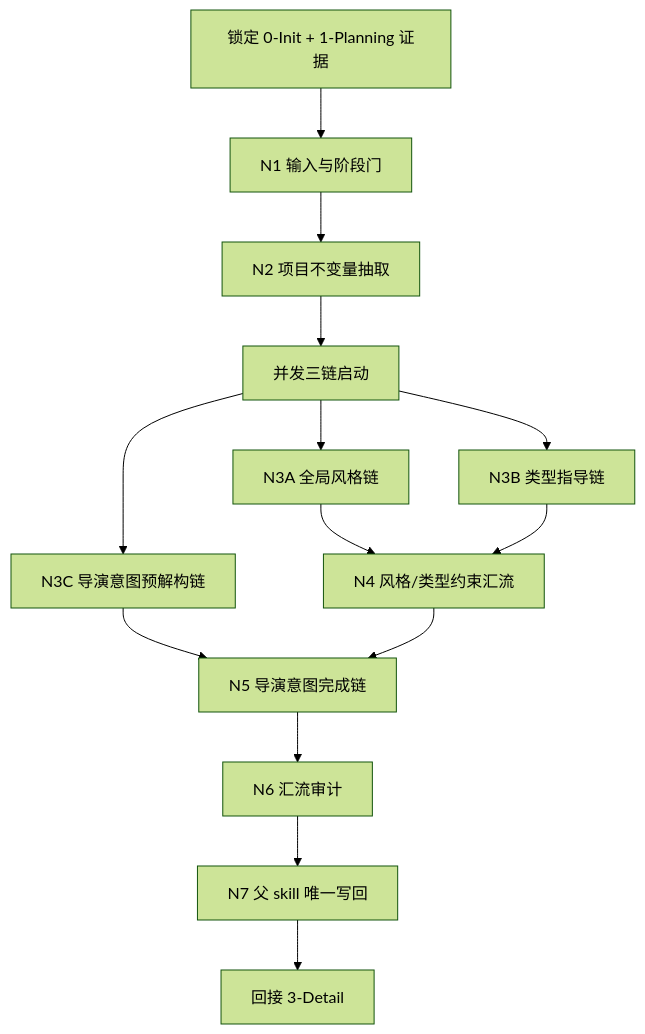
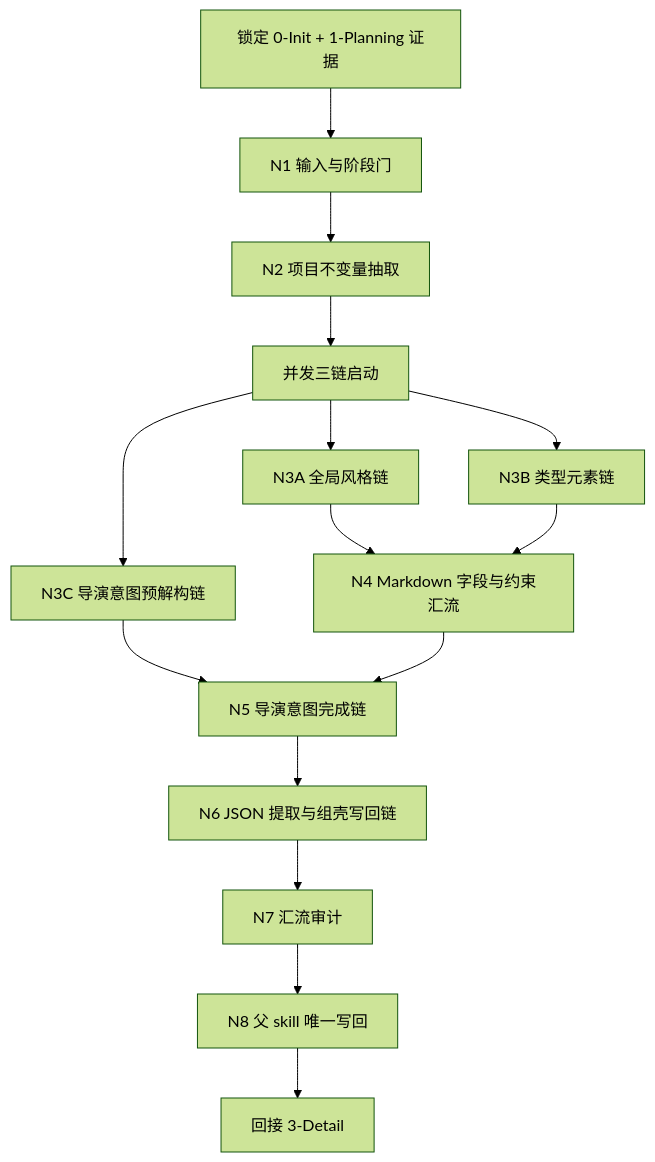
One commit to ZEN-VOID/AI-CUT changed the first of 4 diagrams in .agents/skills/aigc/2-Global/SKILL.md. Above: the diagram before and after it, drawn with Mermaid (forest theme). The commit also changed other lines of this file and 259 other files, not shown here.

````diff
--- a/.agents/skills/aigc/2-Global/SKILL.md
+++ b/.agents/skills/aigc/2-Global/SKILL.md
@@ -126,16 +137,17 @@
 ```mermaid
 flowchart TD
     A["锁定 0-Init + 1-Planning 证据"] --> B["N1 输入与阶段门"]
     B --> C["N2 项目不变量抽取"]
     C --> D["并发三链启动"]
     D --> D1["N3A 全局风格链"]
-    D --> D2["N3B 类型指导链"]
+    D --> D2["N3B 类型元素链"]
     D --> D3["N3C 导演意图预解构链"]
-    D1 --> E["N4 风格/类型约束汇流"]
+    D1 --> E["N4 Markdown 字段与约束汇流"]
     D2 --> E
     D3 --> F["N5 导演意图完成链"]
     E --> F
-    F --> G["N6 汇流审计"]
-    G --> H["N7 父 skill 唯一写回"]
-    H --> I["回接 3-Detail"]
+    F --> G["N6 JSON 提取与组壳写回链"]
+    G --> H["N7 汇流审计"]
+    H --> I["N8 父 skill 唯一写回"]
+    I --> J["回接 3-Detail"]
 ```
````
